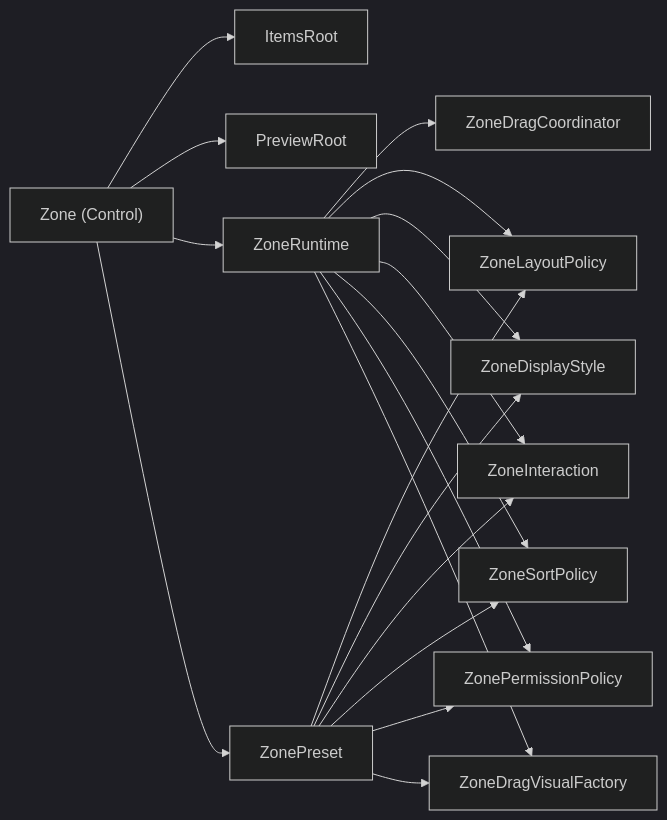
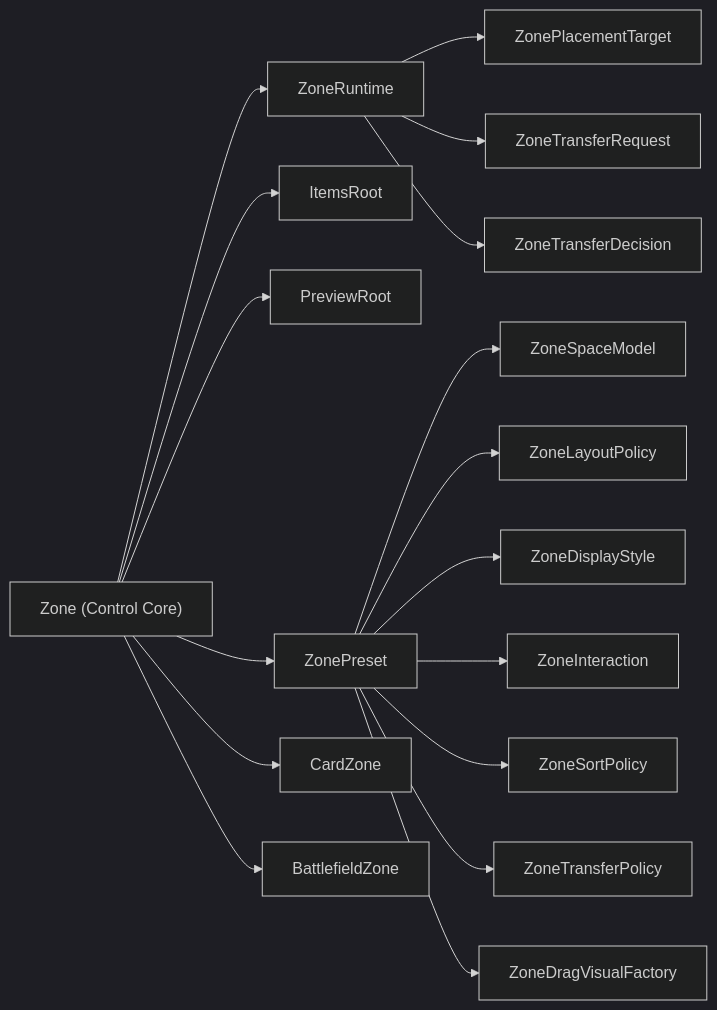
Before and after one commit to AmyF/nascent-soul: the diagram in README.md, drawn with Mermaid (dark theme). The commit also changed other lines of this file and 76 other files, not shown here.

First line of the commit message:
Add battlefield transfer modes and related functionality

````diff
--- a/README.md
+++ b/README.md
@@ -7,20 +12,19 @@
 ```mermaid
 flowchart LR
-    Zone["Zone (Control)"] --> Items["ItemsRoot"]
+    Zone["Zone (Control Core)"] --> Runtime["ZoneRuntime"]
+    Zone --> Items["ItemsRoot"]
     Zone --> Preview["PreviewRoot"]
-    Zone --> Runtime["ZoneRuntime"]
     Zone --> Preset["ZonePreset"]
+    Preset --> Space["ZoneSpaceModel"]
     Preset --> Layout["ZoneLayoutPolicy"]
     Preset --> Display["ZoneDisplayStyle"]
     Preset --> Interaction["ZoneInteraction"]
     Preset --> Sort["ZoneSortPolicy"]
-    Preset --> Permission["ZonePermissionPolicy"]
+    Preset --> Transfer["ZoneTransferPolicy"]
     Preset --> DragVisual["ZoneDragVisualFactory"]
-    Runtime --> Coordinator["ZoneDragCoordinator"]
-    Runtime --> Layout
-    Runtime --> Display
-    Runtime --> Interaction
-    Runtime --> Sort
-    Runtime --> Permission
-    Runtime --> DragVisual
+    Runtime --> Placement["ZonePlacementTarget"]
+    Runtime --> Request["ZoneTransferRequest"]
+    Runtime --> Decision["ZoneTransferDecision"]
+    Zone --> CardFamily["CardZone"]
+    Zone --> BattleFamily["BattlefieldZone"]
 ```
````
